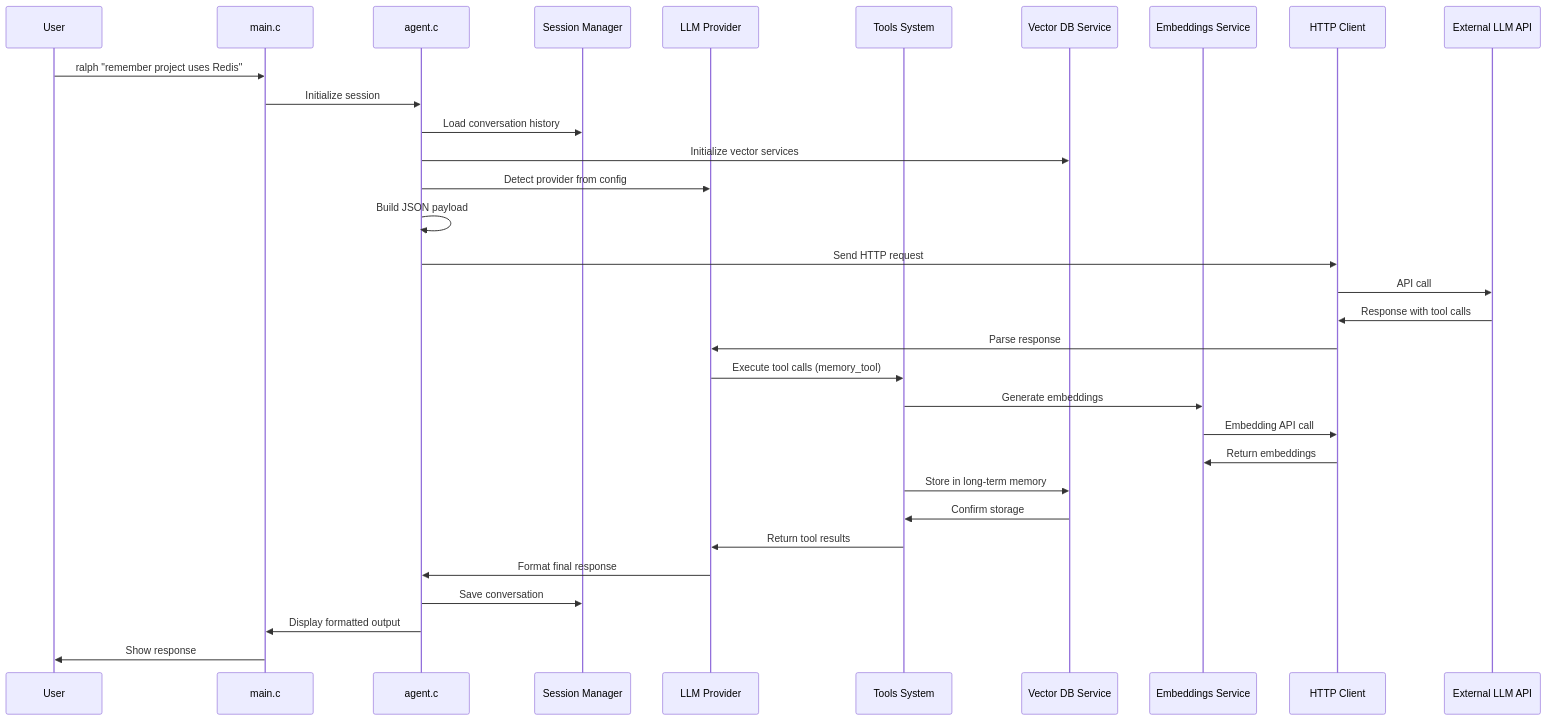
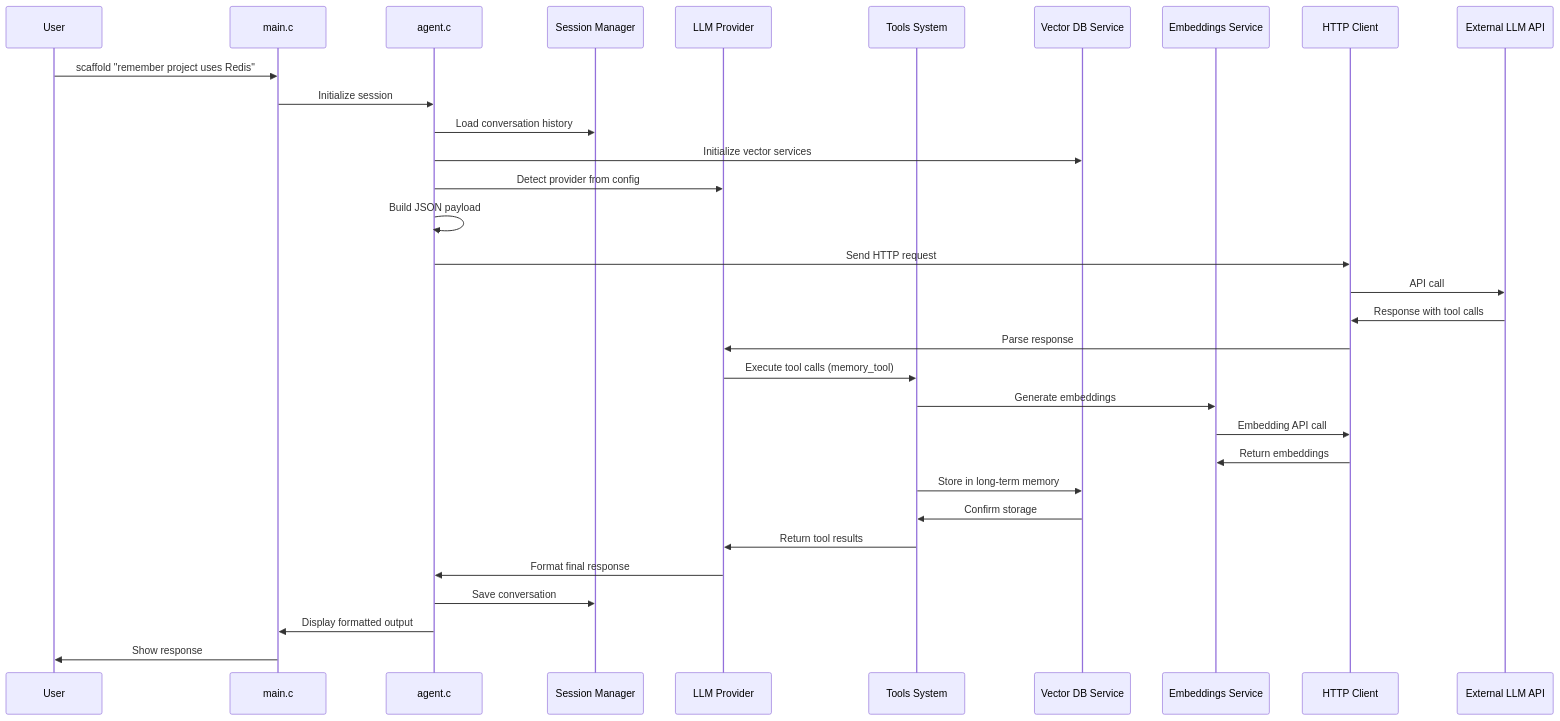
The second of 20 diagrams in ARCHITECTURE.md (tgittos/scaffold), drawn with Mermaid before and after one commit. The commit also changed other lines of this file and 19 other files, not shown here.

````diff
--- a/ARCHITECTURE.md
+++ b/ARCHITECTURE.md
@@ -189,35 +189,35 @@
 ```mermaid
 sequenceDiagram
     participant User
     participant CLI as main.c
     participant Core as agent.c
     participant Session as Session Manager
     participant Provider as LLM Provider
     participant Tools as Tools System
     participant VectorDB as Vector DB Service
     participant Embeddings as Embeddings Service
     participant Network as HTTP Client
     participant LLM as External LLM API
     
-    User->>CLI: ralph "remember project uses Redis"
+    User->>CLI: scaffold "remember project uses Redis"
     CLI->>Core: Initialize session
     Core->>Session: Load conversation history
     Core->>VectorDB: Initialize vector services
     Core->>Provider: Detect provider from config
     Core->>Core: Build JSON payload
     Core->>Network: Send HTTP request
     Network->>LLM: API call
     LLM->>Network: Response with tool calls
     Network->>Provider: Parse response
     Provider->>Tools: Execute tool calls (memory_tool)
     Tools->>Embeddings: Generate embeddings
     Embeddings->>Network: Embedding API call
     Network->>Embeddings: Return embeddings
     Tools->>VectorDB: Store in long-term memory
     VectorDB->>Tools: Confirm storage
     Tools->>Provider: Return tool results
     Provider->>Core: Format final response
     Core->>Session: Save conversation
     Core->>CLI: Display formatted output
     CLI->>User: Show response
 ```
````
